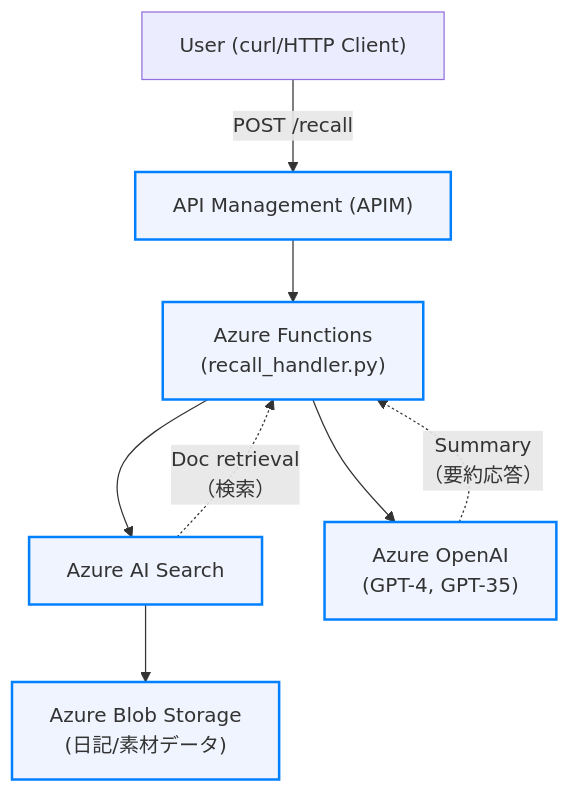
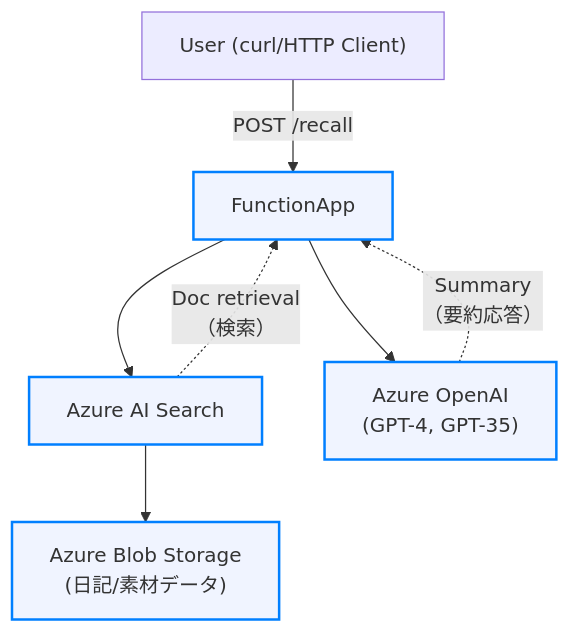
Before and after one commit to weavic/reflection-rag-serverless: the second of 2 diagrams in README.md, drawn with Mermaid. The commit also changed other lines of this file and 3 other files, not shown here.

````diff
--- a/README.md
+++ b/README.md
@@ -52,16 +56,15 @@
 ```mermaid
 flowchart TD
     User["User (curl/HTTP Client)"]
-        -->|POST /recall| APIM["API Management (APIM)"]
-    APIM --> FunctionApp["Azure Functions<br>(recall_handler.py)"]
+        -->|POST /recall| FunctionApp["FunctionApp"]
     FunctionApp --> AISearch["Azure AI Search"]
     FunctionApp --> AzureOpenAI["Azure OpenAI<br>(GPT-4, GPT-35)"]
     AISearch --> BlobStorage["Azure Blob Storage<br>(日記/素材データ)"]
 
     AzureOpenAI -.->|"Summary<br>（要約応答）"| FunctionApp
     AISearch -.->|"Doc retrieval<br>（検索）"| FunctionApp
 
     classDef ext fill:#e3fcef,stroke:#4d8076,stroke-width:2px;
     classDef azure fill:#f0f4ff,stroke:#007fff,stroke-width:2px;
     class APIM,FunctionApp,AISearch,AzureOpenAI,BlobStorage azure;
 ```
````
